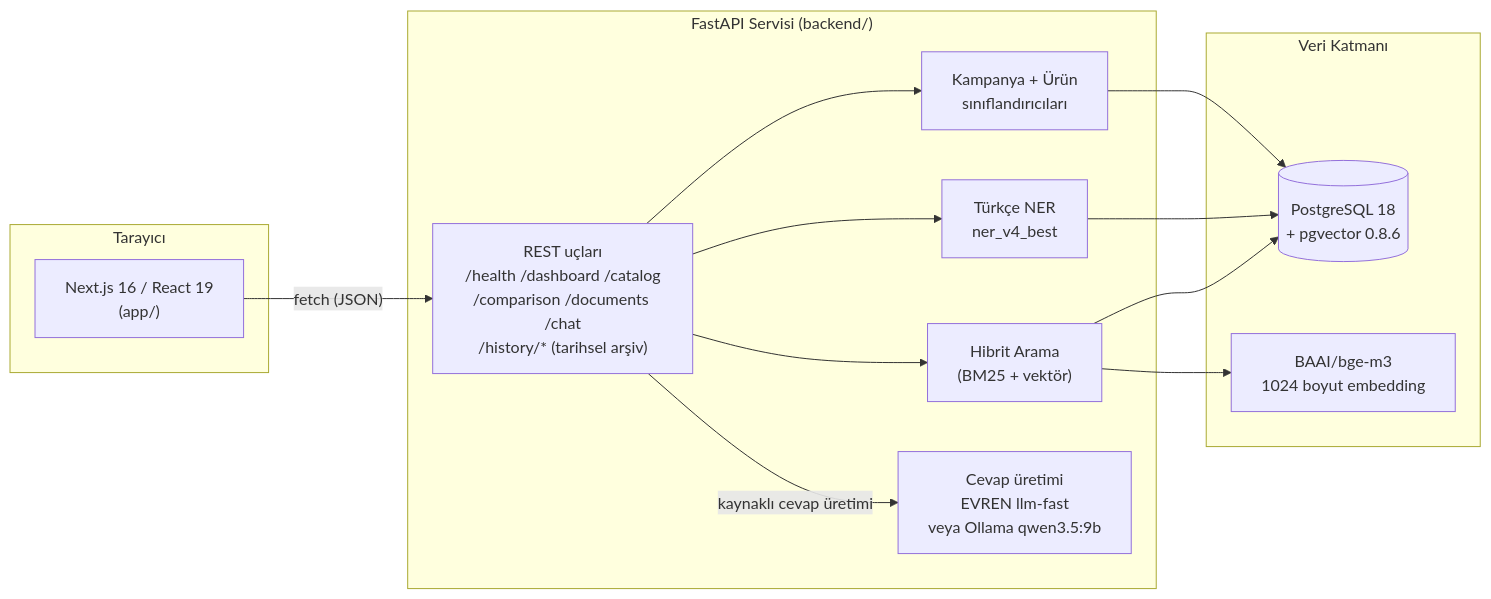
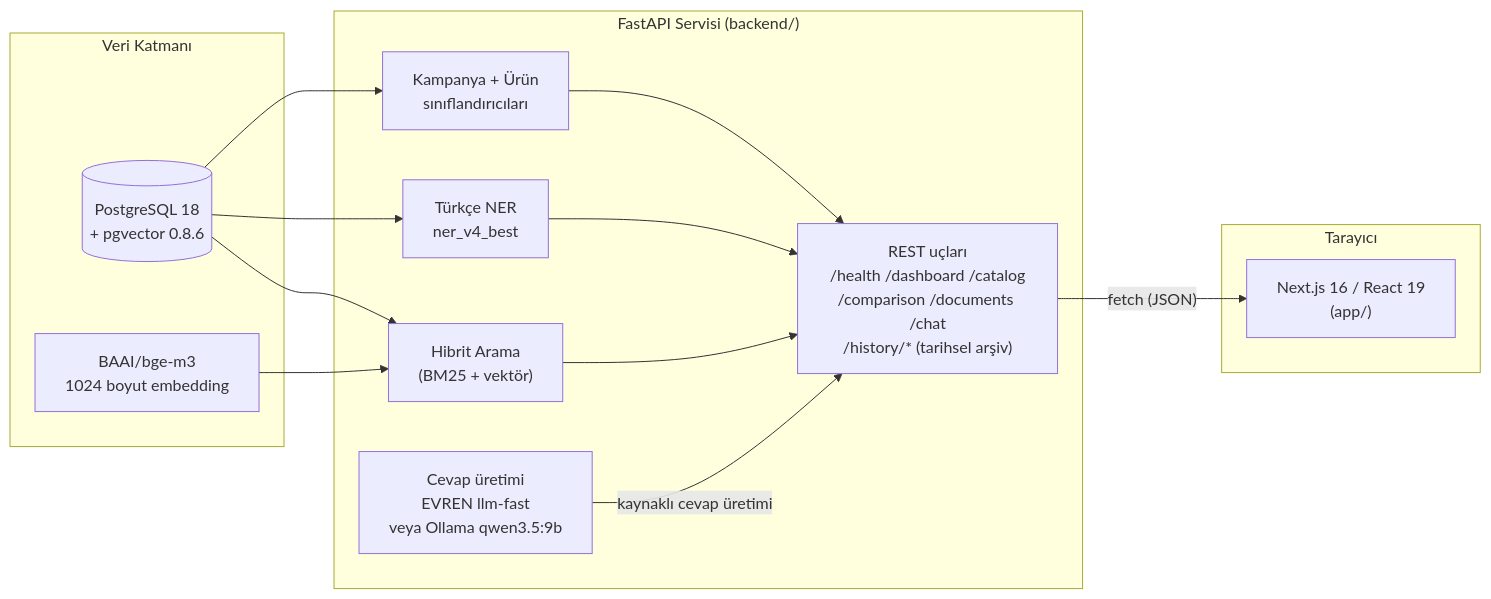
The diagram in README.md (abdulkadiripek/HititFinLex-Teknofest2026), drawn with Mermaid before and after one commit.

Commit message:
Mimari şemasındaki ok yönlerini ters çevir
README'deki mermaid akış şemasında dokuz kenarın tamamı ters yöne çevrildi; düğüm tanımları ve ok etiketleri korundu.

````diff
--- a/README.md
+++ b/README.md
@@ -66,29 +66,29 @@
 ```mermaid
 flowchart LR
     subgraph Client["Tarayıcı"]
         UI["Next.js 16 / React 19\n(app/)"]
     end
 
     subgraph API["FastAPI Servisi (backend/)"]
         REST["REST uçları\n/health /dashboard /catalog\n/comparison /documents /chat\n/history/* (tarihsel arşiv)"]
         NER["Türkçe NER\nner_v4_best"]
         CLS["Kampanya + Ürün\nsınıflandırıcıları"]
         HYB["Hibrit Arama\n(BM25 + vektör)"]
         LLM["Cevap üretimi\nEVREN llm-fast\nveya Ollama qwen3.5:9b"]
     end
 
     subgraph Data["Veri Katmanı"]
         PG[("PostgreSQL 18\n+ pgvector 0.8.6")]
         EMB["BAAI/bge-m3\n1024 boyut embedding"]
     end
 
-    UI -- "fetch (JSON)" --> REST
-    REST --> NER
-    REST --> CLS
-    REST --> HYB
-    HYB --> EMB
-    HYB --> PG
-    REST -- "kaynaklı cevap üretimi" --> LLM
-    NER --> PG
-    CLS --> PG
+    REST -- "fetch (JSON)" --> UI
+    NER --> REST
+    CLS --> REST
+    HYB --> REST
+    EMB --> HYB
+    PG --> HYB
+    LLM -- "kaynaklı cevap üretimi" --> REST
+    PG --> NER
+    PG --> CLS
 ```
````
